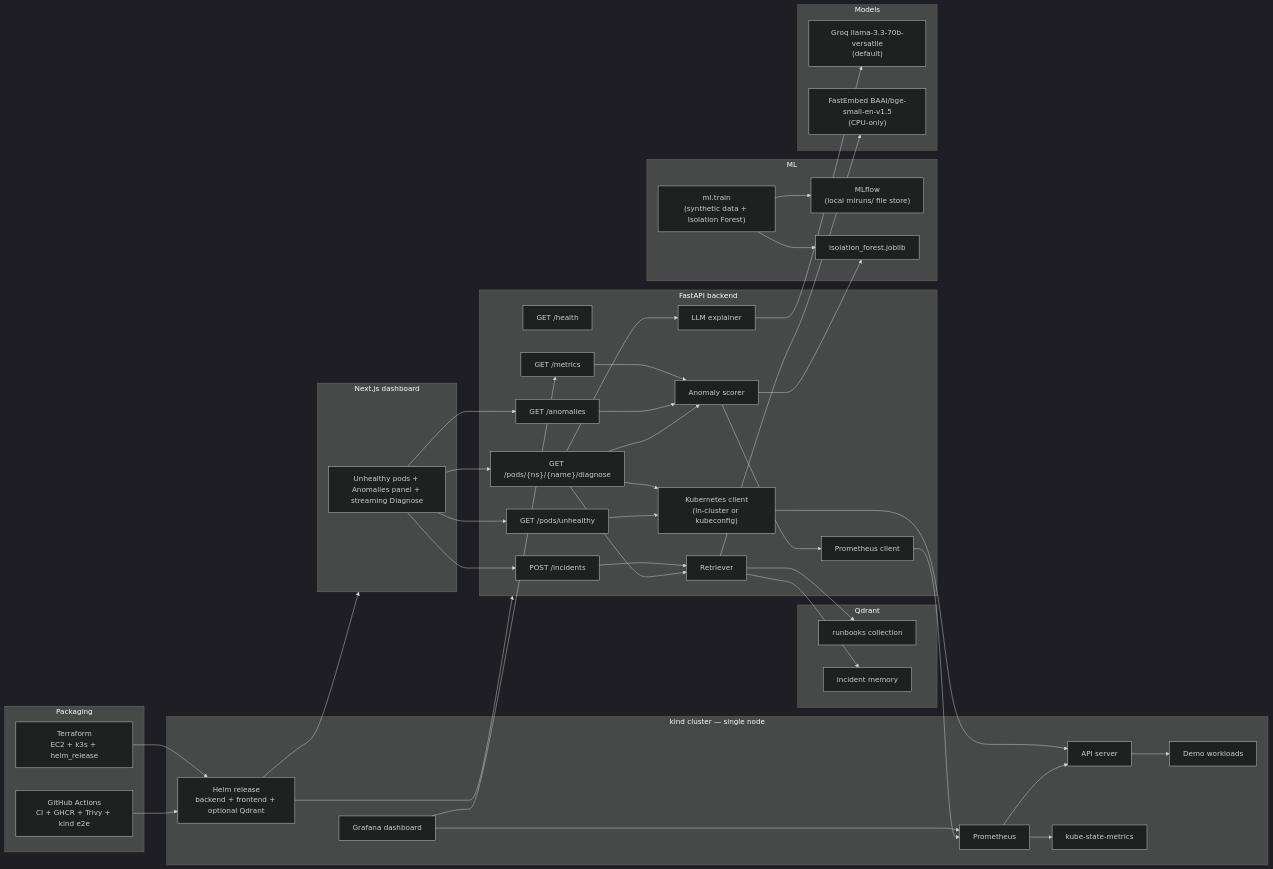
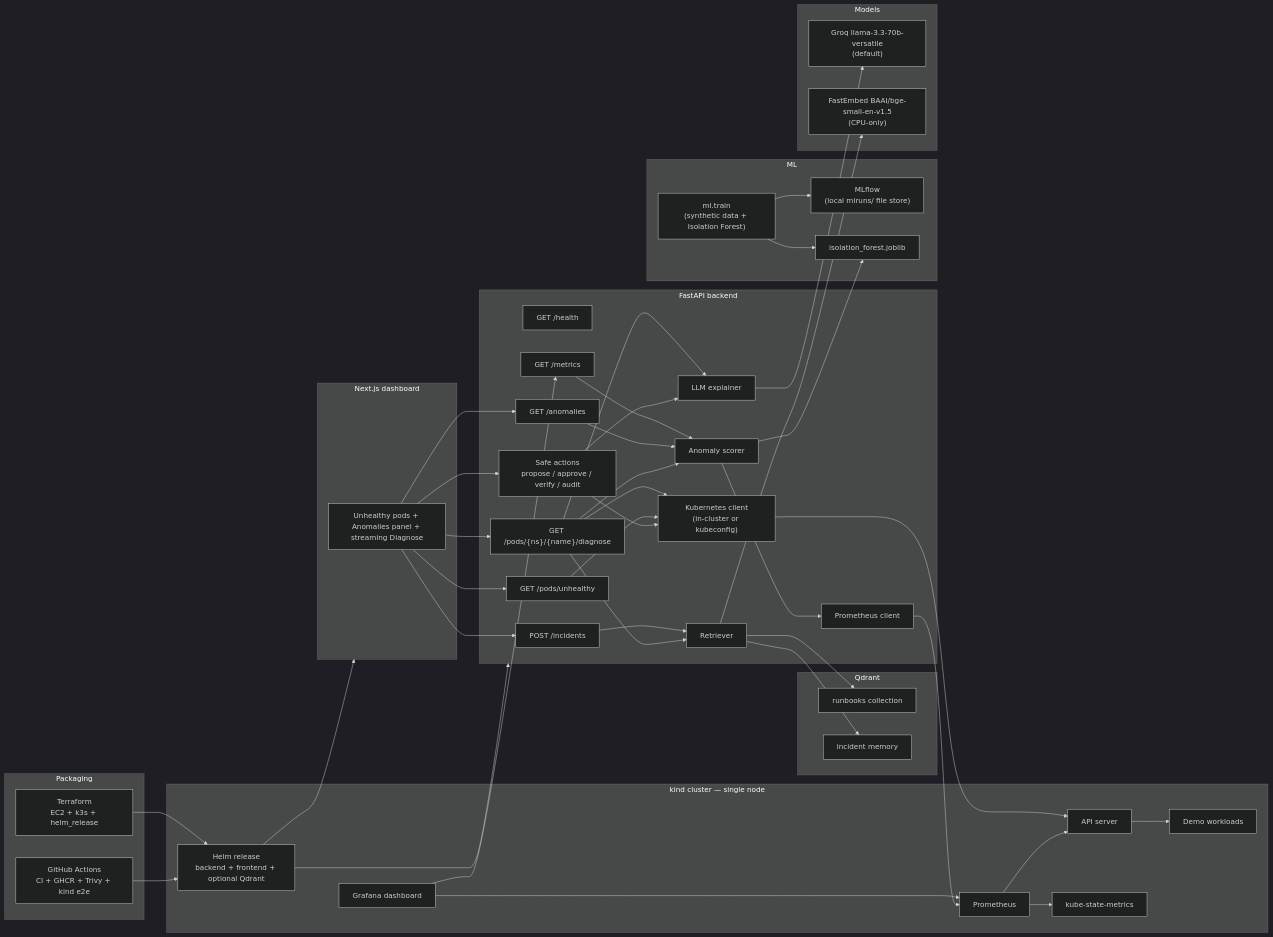
Before and after one commit to Kayd-06/kube-copilot: the diagram in README.md, drawn with Mermaid (dark theme). The commit also changed other lines of this file and 10 other files, not shown here.

Commit message:
e2e: kind fault-injection harness for safe actions, results report, docs

```diff
--- a/README.md
+++ b/README.md
@@ -29,6 +31,7 @@
     Anoms["GET /anomalies"]
     MetricsEp["GET /metrics"]
     Incidents["POST /incidents"]
+    SafeAct["Safe actions<br/>propose / approve / verify / audit"]
     K8S["Kubernetes client<br/>(in-cluster or kubeconfig)"]
     RAG["Retriever"]
     Prom["Prometheus client"]
@@ -70,6 +73,9 @@
   Dash --> Diag
   Dash --> Anoms
   Dash --> Incidents
+  Dash --> SafeAct
+  SafeAct --> LLM
+  SafeAct --> K8S
   List --> K8S
   Diag --> K8S
   Diag --> RAG
```
